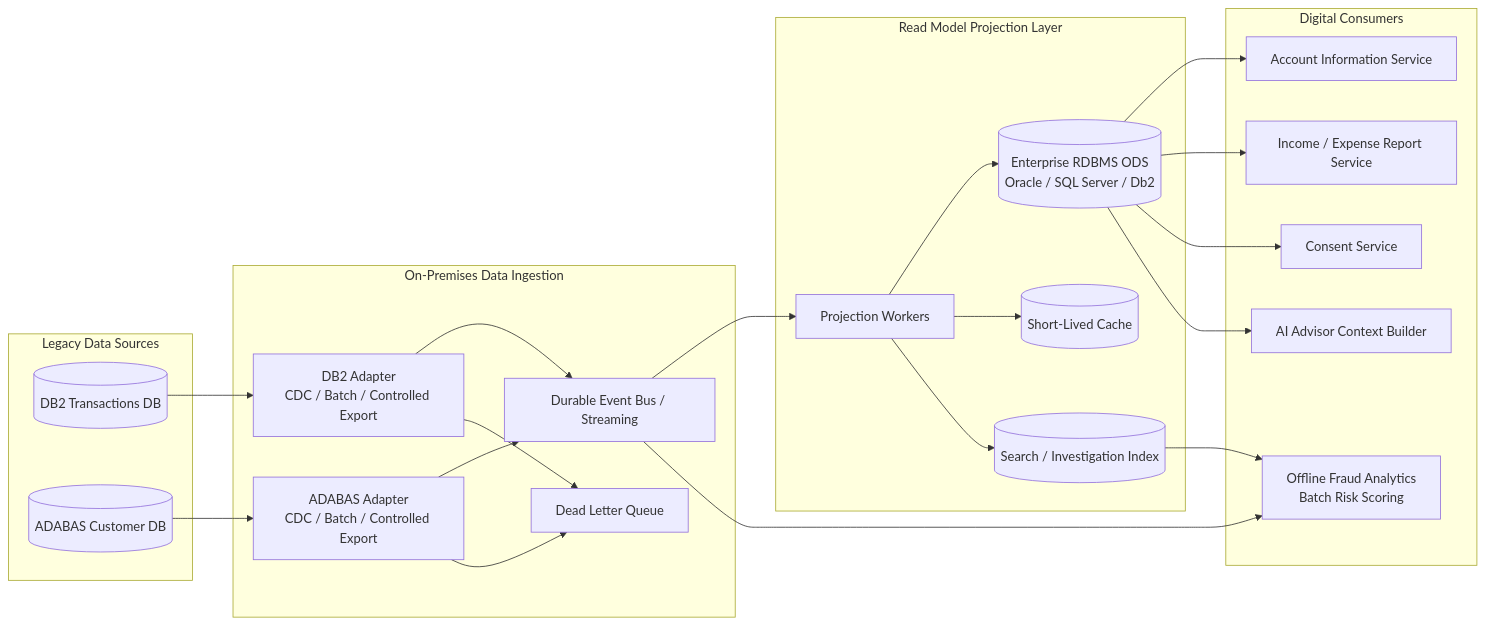
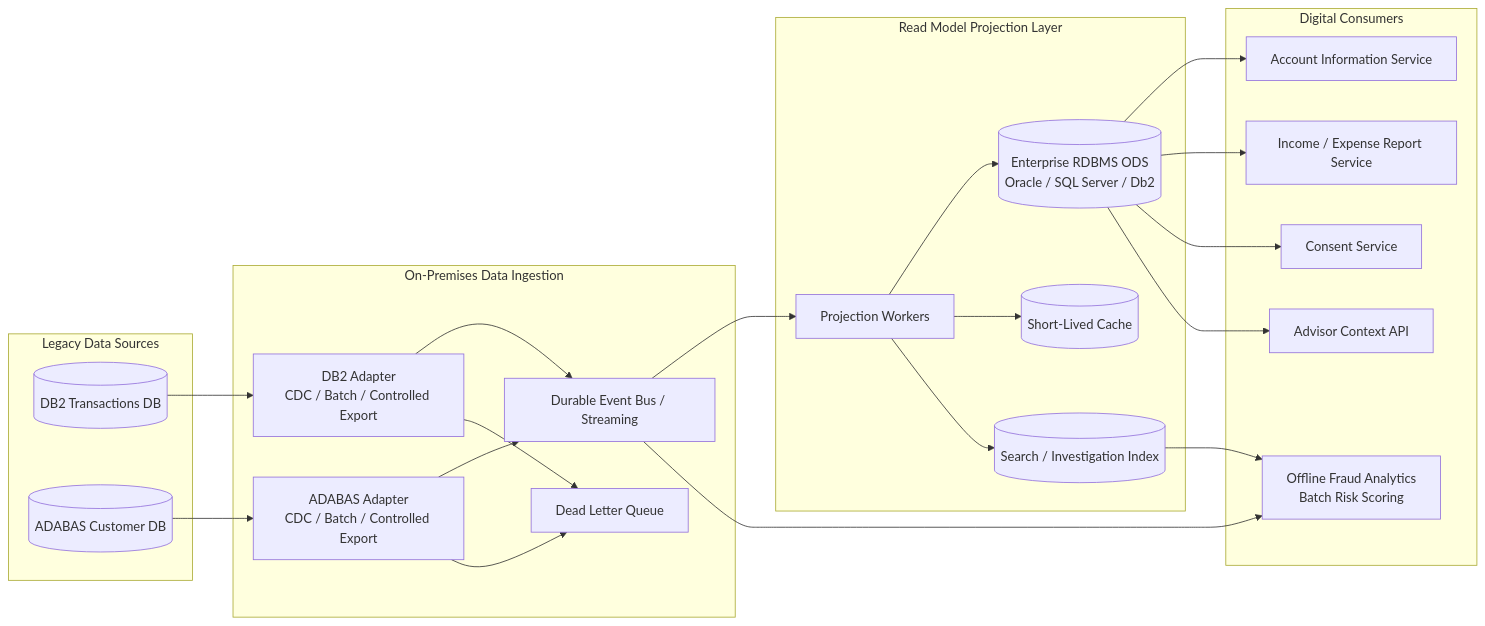
The diagram in docs/diagrams/04-data-ingestion-read-model-flow.mmd (pikos-apikos/ge-architecture-project), drawn with Mermaid before and after one commit. The commit also changed 14 other files, not shown here.

Commit message:
Document AI data-minimization boundary using Advisor Context API (D-008). Updated glossary, HLD, diagrams, and open issues to reflect design decisions and audit trail schema. Added new concurrency and fraud-reversal requirements (NFR-PC-015, FN-075).

```diff
--- a/docs/diagrams/04-data-ingestion-read-model-flow.mmd
+++ b/docs/diagrams/04-data-ingestion-read-model-flow.mmd
@@ -1,46 +1,46 @@
 flowchart LR
     subgraph Legacy[Legacy Data Sources]
         DB2[(DB2 Transactions DB)]
         ADABAS[(ADABAS Customer DB)]
     end
 
     subgraph Ingestion[On-Premises Data Ingestion]
         DB2Adapter[DB2 Adapter\nCDC / Batch / Controlled Export]
         ADABASAdapter[ADABAS Adapter\nCDC / Batch / Controlled Export]
         EventBus[Durable Event Bus / Streaming]
         DLQ[Dead Letter Queue]
     end
 
     subgraph Projections[Read Model Projection Layer]
         ProjectionWorkers[Projection Workers]
         ODS[(Enterprise RDBMS ODS\nOracle / SQL Server / Db2)]
         Cache[(Short-Lived Cache)]
         Search[(Search / Investigation Index)]
     end
 
     subgraph Consumers[Digital Consumers]
         AccountSvc[Account Information Service]
         ReportSvc[Income / Expense Report Service]
         ConsentSvc[Consent Service]
         FraudOffline[Offline Fraud Analytics\nBatch Risk Scoring]
-        AIContext[AI Advisor Context Builder]
+        AIContext[Advisor Context API]
     end
 
     DB2 --> DB2Adapter
     ADABAS --> ADABASAdapter
     DB2Adapter --> EventBus
     ADABASAdapter --> EventBus
     DB2Adapter --> DLQ
     ADABASAdapter --> DLQ
 
     EventBus --> ProjectionWorkers
     ProjectionWorkers --> ODS
     ProjectionWorkers --> Cache
     ProjectionWorkers --> Search
     EventBus --> FraudOffline
 
     ODS --> AccountSvc
     ODS --> ReportSvc
     ODS --> ConsentSvc
     ODS --> AIContext
     Search --> FraudOffline
```
